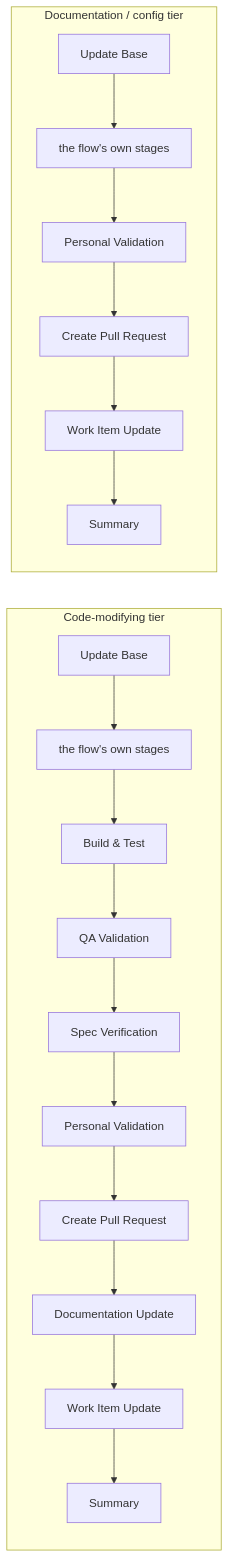
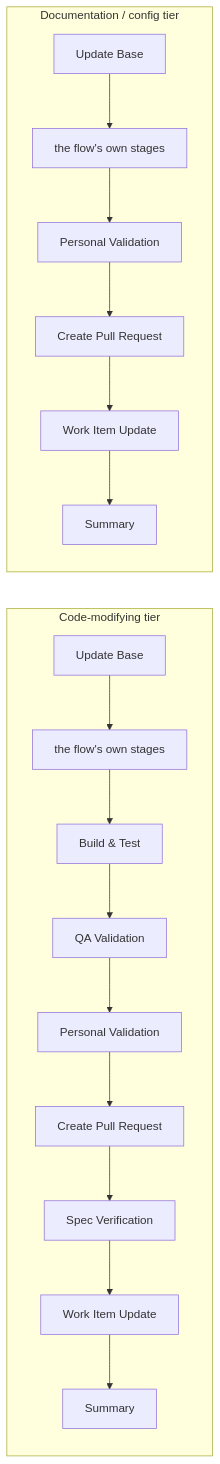
One commit to JSdotNet/devbook changed the second of 3 diagrams in .devbook/domain/delivery/flow.md. Above: the diagram before and after it, drawn with Mermaid. The commit also changed other lines of this file and 42 other files, not shown here.

First line of the commit message:
Spec Verification replaces Documentation Update

````diff
--- a/.devbook/domain/delivery/flow.md
+++ b/.devbook/domain/delivery/flow.md
@@ -66,24 +66,23 @@
 ```mermaid
 flowchart LR
     subgraph code["Code-modifying tier"]
         direction TB
         c1["Update Base"] --> c2["the flow's own stages"]
         c2 --> c3["Build & Test"]
         c3 --> c4["QA Validation"]
-        c4 --> cv["Spec Verification"]
-        cv --> c5["Personal Validation"]
+        c4 --> c5["Personal Validation"]
         c5 --> c6["Create Pull Request"]
-        c6 --> c7["Documentation Update"]
+        c6 --> c7["Spec Verification"]
         c7 --> c8["Work Item Update"]
         c8 --> c9["Summary"]
     end
 
     subgraph docs["Documentation / config tier"]
         direction TB
         d1["Update Base"] --> d2["the flow's own stages"]
         d2 --> d5["Personal Validation"]
         d5 --> d6["Create Pull Request"]
         d6 --> d8["Work Item Update"]
         d8 --> d9["Summary"]
     end
 ```
````
